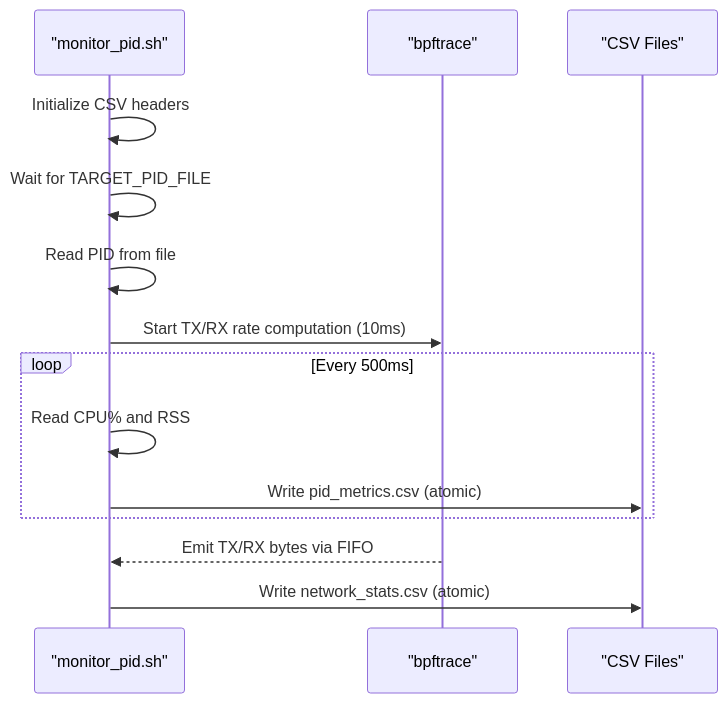
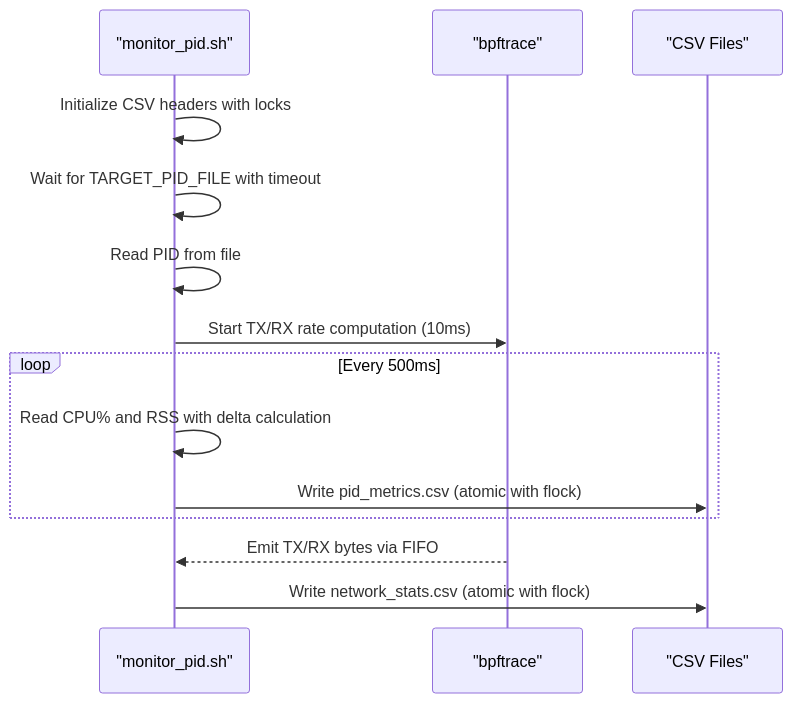
The fifth of 7 diagrams in .qoder/repowiki/en/content/Monitoring and Analytics/Metrics Collection.md (Fogus-Gr/MeasurementsDTs), drawn with Mermaid before and after one commit. The commit also changed other lines of this file and 11 other files, not shown here.

````diff
--- a/.qoder/repowiki/en/content/Monitoring and Analytics/Metrics Collection.md
+++ b/.qoder/repowiki/en/content/Monitoring and Analytics/Metrics Collection.md
@@ -205,16 +240,16 @@
 ```mermaid
 sequenceDiagram
 participant Mon as "monitor_pid.sh"
 participant BPF as "bpftrace"
 participant FS as "CSV Files"
-Mon->>Mon : Initialize CSV headers
-Mon->>Mon : Wait for TARGET_PID_FILE
+Mon->>Mon : Initialize CSV headers with locks
+Mon->>Mon : Wait for TARGET_PID_FILE with timeout
 Mon->>Mon : Read PID from file
 Mon->>BPF : Start TX/RX rate computation (10ms)
 loop Every 500ms
-Mon->>Mon : Read CPU% and RSS
-Mon->>FS : Write pid_metrics.csv (atomic)
+Mon->>Mon : Read CPU% and RSS with delta calculation
+Mon->>FS : Write pid_metrics.csv (atomic with flock)
 end
 BPF-->>Mon : Emit TX/RX bytes via FIFO
-Mon->>FS : Write network_stats.csv (atomic)
+Mon->>FS : Write network_stats.csv (atomic with flock)
 ```
````
